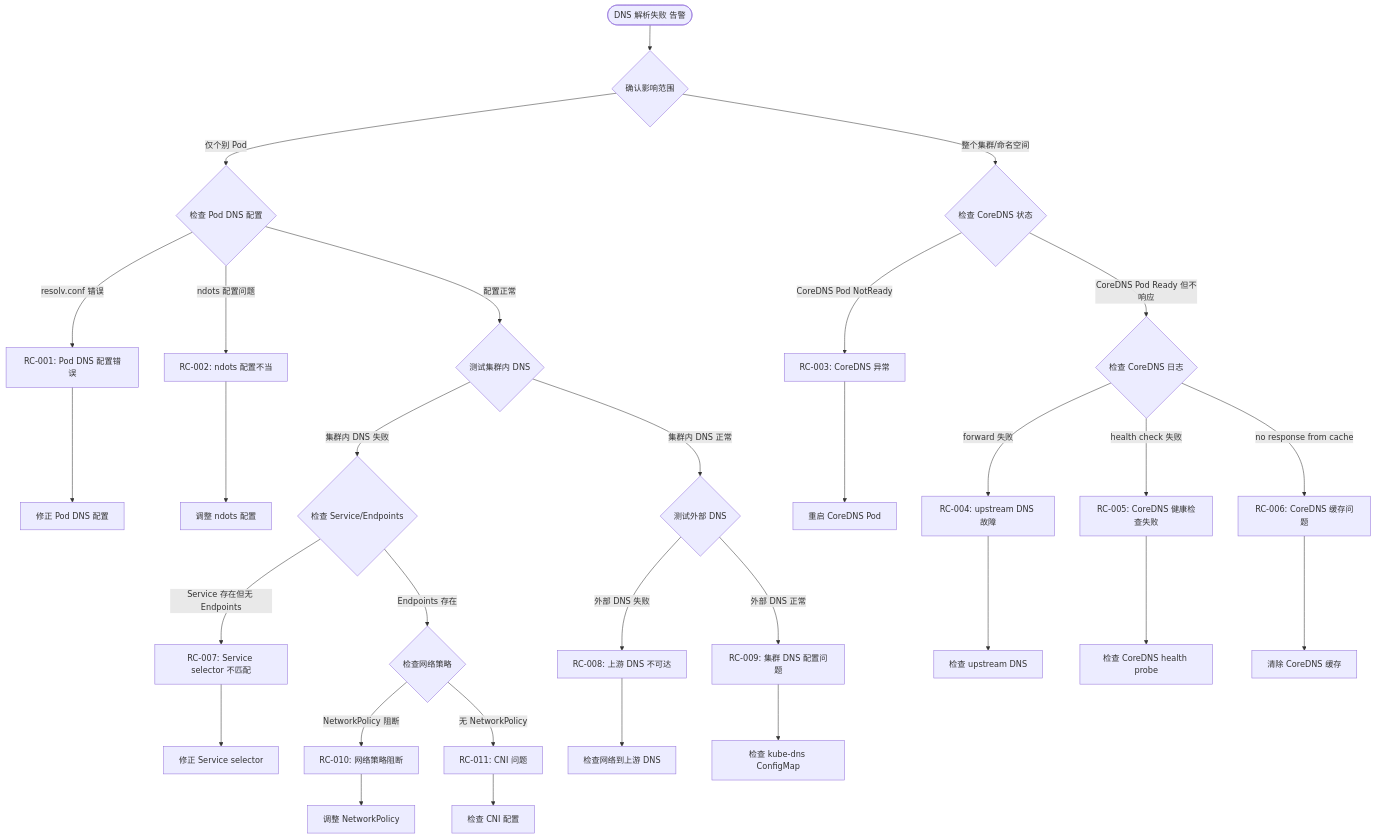
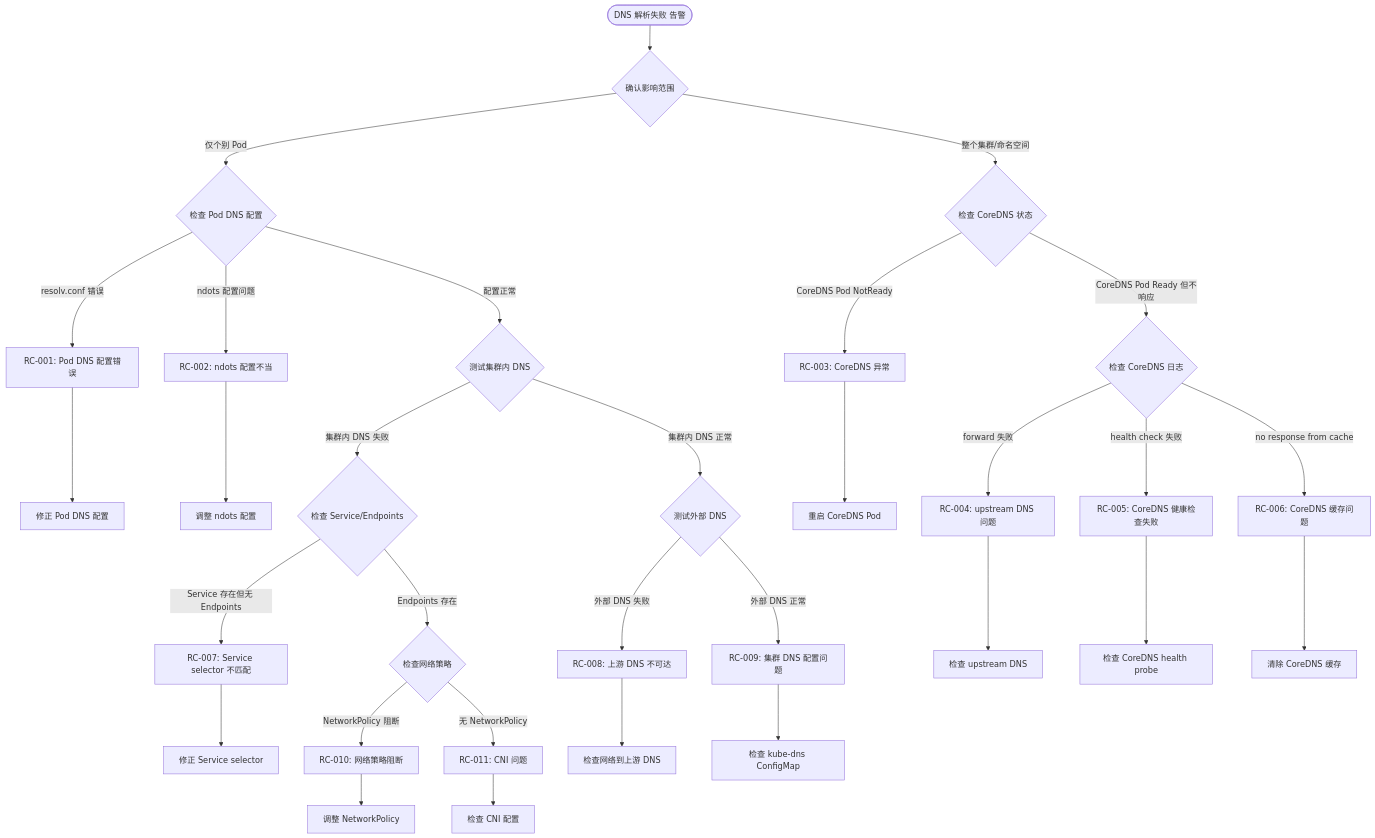
One commit to kudig-io/kudig-database changed the fourth of 18 diagrams in docs/agent-specs/P1-4-decision-tree-mermaid-visualization.md. Above: the diagram before and after it, drawn with Mermaid. The commit also changed other lines of this file and 5906 other files, not shown here.

````diff
--- a/docs/agent-specs/P1-4-decision-tree-mermaid-visualization.md
+++ b/docs/agent-specs/P1-4-decision-tree-mermaid-visualization.md
@@ -164,34 +165,34 @@
 ```mermaid
 flowchart TD
     START(["DNS 解析失败 告警"]) --> T1{确认影响范围}
     T1 -->|仅个别 Pod| T2{检查 Pod DNS 配置}
     T1 -->|整个集群/命名空间| T3{检查 CoreDNS 状态}
     T2 -->|resolv.conf 错误| R1["RC-001: Pod DNS 配置错误"]
     T2 -->|ndots 配置问题| R2["RC-002: ndots 配置不当"]
     T2 -->|配置正常| T4{测试集群内 DNS}
     T3 -->|CoreDNS Pod NotReady| R3["RC-003: CoreDNS 异常"]
     T3 -->|CoreDNS Pod Ready 但不响应| T5{检查 CoreDNS 日志}
     T4 -->|集群内 DNS 失败| T6{检查 Service/Endpoints}
     T4 -->|集群内 DNS 正常| T7{测试外部 DNS}
-    T5 -->|forward 失败| R4["RC-004: upstream DNS 故障"]
+    T5 -->|forward 失败| R4["RC-004: upstream DNS 问题"]
     T5 -->|health check 失败| R5["RC-005: CoreDNS 健康检查失败"]
     T5 -->|no response from cache| R6["RC-006: CoreDNS 缓存问题"]
     T6 -->|Service 存在但无 Endpoints| R7["RC-007: Service selector 不匹配"]
     T6 -->|Endpoints 存在| T8{检查网络策略}
     T7 -->|外部 DNS 失败| R8["RC-008: 上游 DNS 不可达"]
     T7 -->|外部 DNS 正常| R9["RC-009: 集群 DNS 配置问题"]
     T8 -->|NetworkPolicy 阻断| R10["RC-010: 网络策略阻断"]
     T8 -->|无 NetworkPolicy| R11["RC-011: CNI 问题"]
 
     R1 --> FIX1["修正 Pod DNS 配置"]
     R2 --> FIX2["调整 ndots 配置"]
     R3 --> FIX3["重启 CoreDNS Pod"]
     R4 --> FIX4["检查 upstream DNS"]
     R5 --> FIX5["检查 CoreDNS health probe"]
     R6 --> FIX6["清除 CoreDNS 缓存"]
     R7 --> FIX7["修正 Service selector"]
     R8 --> FIX8["检查网络到上游 DNS"]
     R9 --> FIX9["检查 kube-dns ConfigMap"]
     R10 --> FIX10["调整 NetworkPolicy"]
     R11 --> ESCALATE["检查 CNI 配置"]
 ```
````
